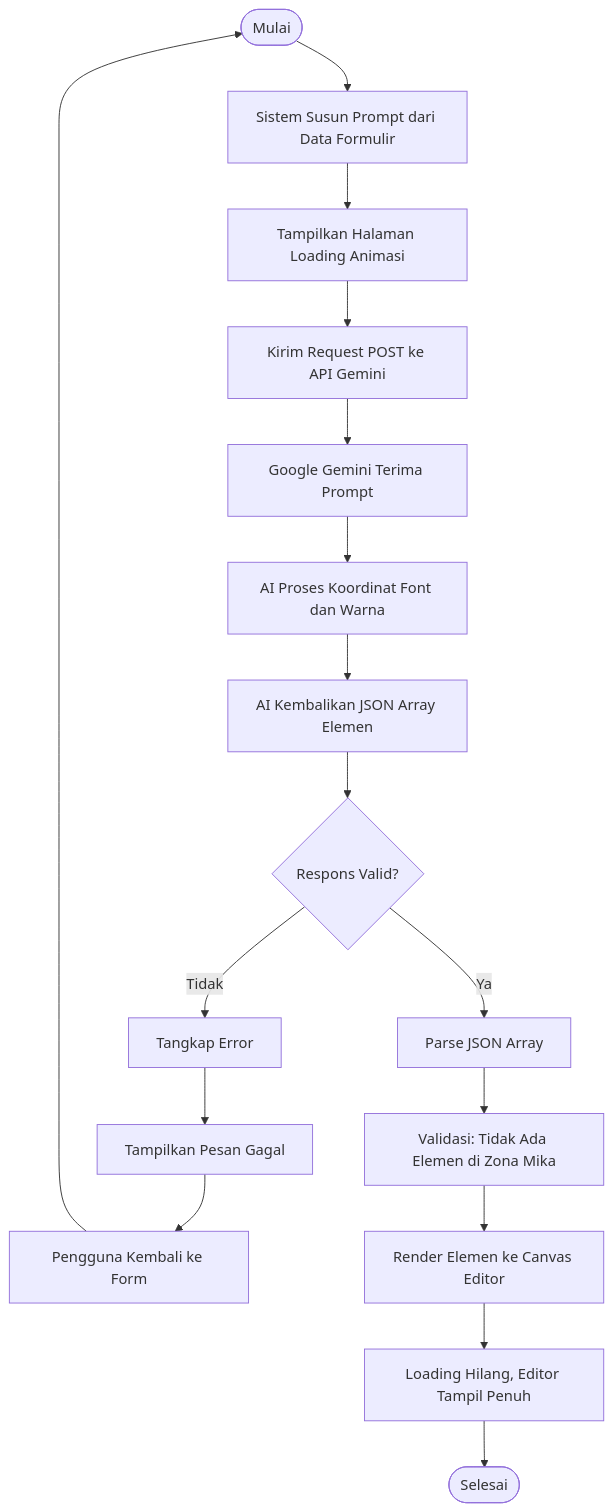
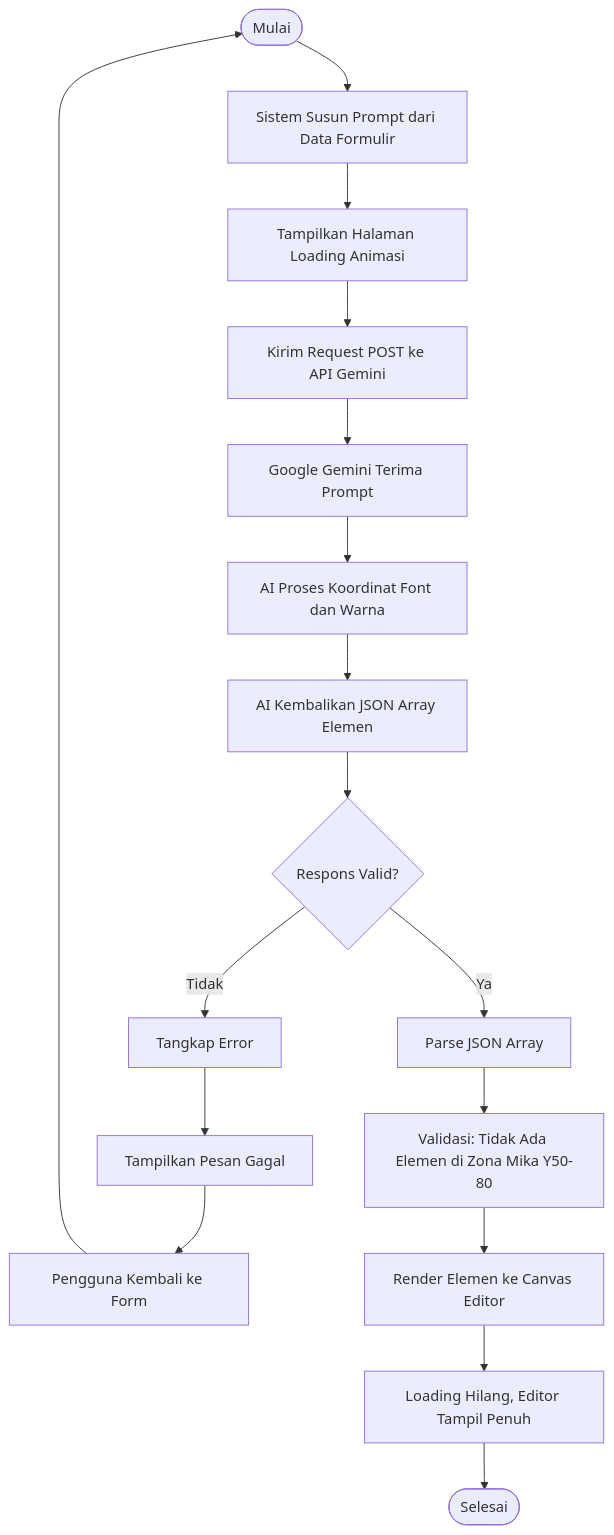
Before and after one commit to khairul-anam13/Projek_TA: the fifth of 9 diagrams in TA_Perancangan.md, drawn with Mermaid. The commit also changed other lines of this file and 11 other files, not shown here.

````diff
--- a/TA_Perancangan.md
+++ b/TA_Perancangan.md
@@ -195,19 +183,19 @@
 ```mermaid
 flowchart TD
     A([Mulai]) --> B[Sistem Susun Prompt dari Data Formulir]
     B --> C[Tampilkan Halaman Loading Animasi]
     C --> D[Kirim Request POST ke API Gemini]
     D --> E[Google Gemini Terima Prompt]
     E --> F[AI Proses Koordinat Font dan Warna]
     F --> G[AI Kembalikan JSON Array Elemen]
     G --> H{Respons Valid?}
     H -- Tidak --> I[Tangkap Error]
     I --> J[Tampilkan Pesan Gagal]
     J --> K[Pengguna Kembali ke Form]
     K --> A
     H -- Ya --> L[Parse JSON Array]
-    L --> M[Validasi: Tidak Ada Elemen di Zona Mika]
+    L --> M[Validasi: Tidak Ada Elemen di Zona Mika Y50-80]
     M --> N[Render Elemen ke Canvas Editor]
     N --> O[Loading Hilang, Editor Tampil Penuh]
     O --> P([Selesai])
 ```
````
